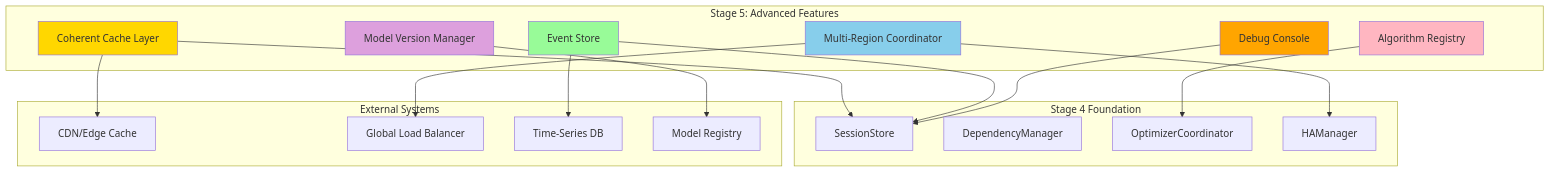
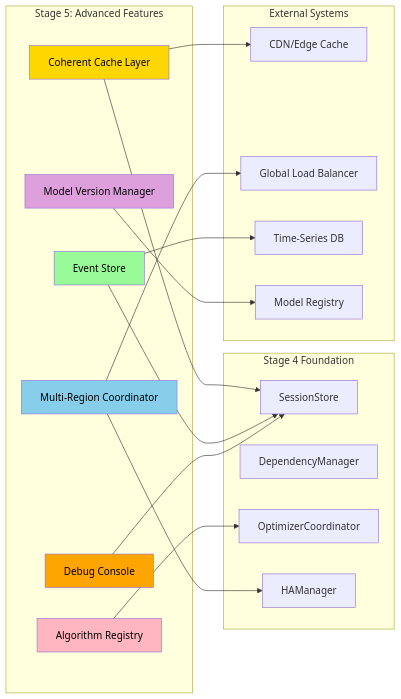
Before and after one commit to nshkrdotcom/DSPex: the diagram in docs/specs/unified_grpc_bridge/45_stage5_advanced_production_features.md, drawn with Mermaid. The commit also changed 5 other files, not shown here.

````diff
--- a/docs/specs/unified_grpc_bridge/45_stage5_advanced_production_features.md
+++ b/docs/specs/unified_grpc_bridge/45_stage5_advanced_production_features.md
@@ -20,43 +20,43 @@
 ```mermaid
-graph TD
+graph LR
     subgraph "Stage 5: Advanced Features"
         A[Coherent Cache Layer]
         B[Multi-Region Coordinator]
         C[Event Store]
         D[Algorithm Registry]
         E[Model Version Manager]
         F[Debug Console]
     end
     
     subgraph "Stage 4 Foundation"
         G[SessionStore]
         H[DependencyManager]
         I[OptimizerCoordinator]
         J[HAManager]
     end
     
     subgraph "External Systems"
-        K[CDN/Edge Cache]
+        K["CDN/Edge Cache"]
         L[Global Load Balancer]
         M[Time-Series DB]
         N[Model Registry]
     end
     
     A --> G
     B --> J
     C --> G
     D --> I
     E --> N
     F --> G
     
     A --> K
     B --> L
     C --> M
     
-    style A fill:#ffd700
-    style B fill:#87ceeb
-    style C fill:#98fb98
-    style D fill:#ffb6c1
-    style E fill:#dda0dd
-    style F fill:#ffa500
+    style A fill:#ffd700,color:#000
+    style B fill:#87ceeb,color:#000
+    style C fill:#98fb98,color:#000
+    style D fill:#ffb6c1,color:#000
+    style E fill:#dda0dd,color:#000
+    style F fill:#ffa500,color:#000
 ```
````
